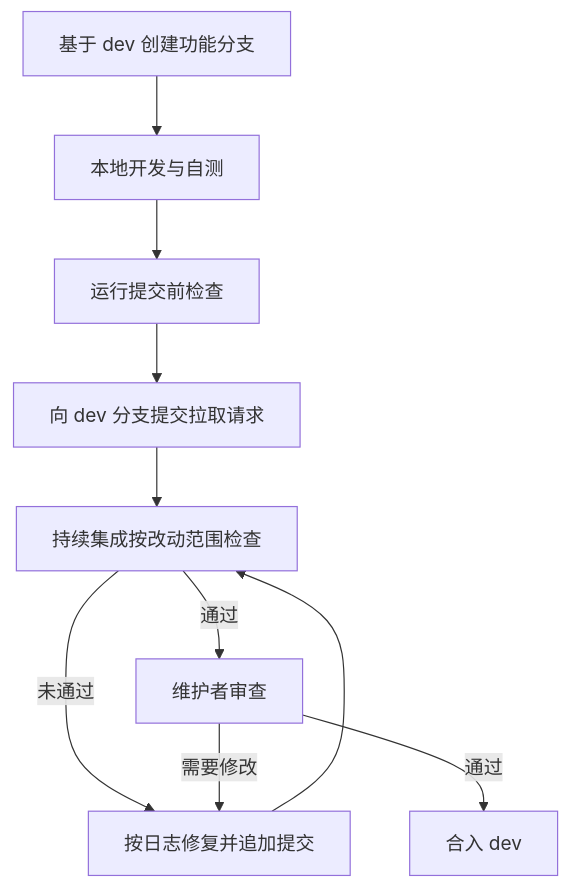
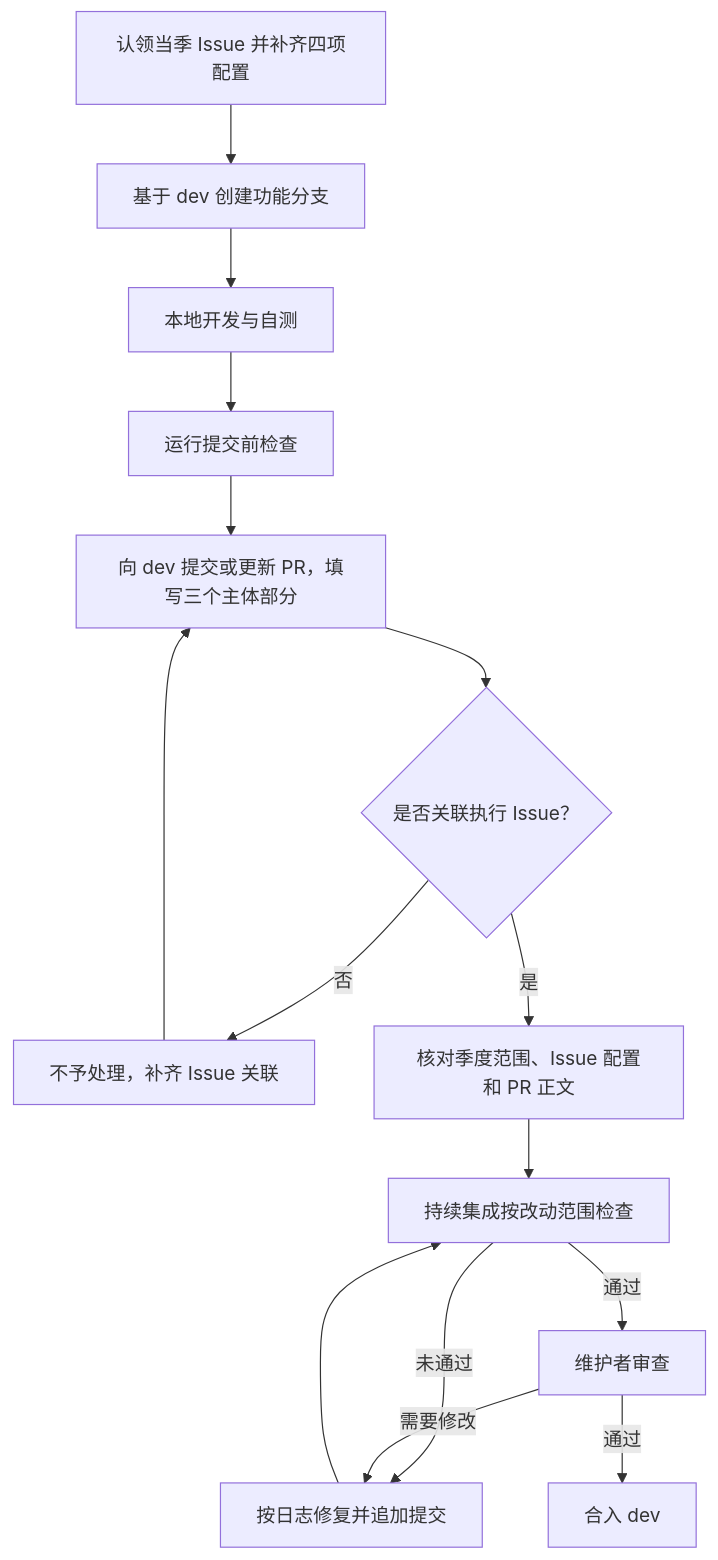
One commit to rcore-os/tgoskits changed the third of 3 diagrams in docs/community/contributing.md. Above: the diagram before and after it, drawn with Mermaid. The commit also changed other lines of this file and 14 other files, not shown here.

````diff
--- a/docs/community/contributing.md
+++ b/docs/community/contributing.md
@@ -66,12 +251,17 @@
 ```mermaid
 flowchart TD
+    I["认领当季 Issue 并补齐四项配置"] --> A
     A["基于 dev 创建功能分支"] --> B["本地开发与自测"]
     B --> C["运行提交前检查"]
-    C --> D["向 dev 分支提交拉取请求"]
-    D --> E["持续集成按改动范围检查"]
+    C --> D["向 dev 提交或更新 PR，填写三个主体部分"]
+    D --> J{"是否关联执行 Issue？"}
+    J -->|"否"| K["不予处理，补齐 Issue 关联"]
+    K --> D
+    J -->|"是"| L["核对季度范围、Issue 配置和 PR 正文"]
+    L --> E["持续集成按改动范围检查"]
     E -->|"未通过"| F["按日志修复并追加提交"]
     F --> E
     E -->|"通过"| G["维护者审查"]
     G -->|"需要修改"| F
     G -->|"通过"| H["合入 dev"]
 ```
````
